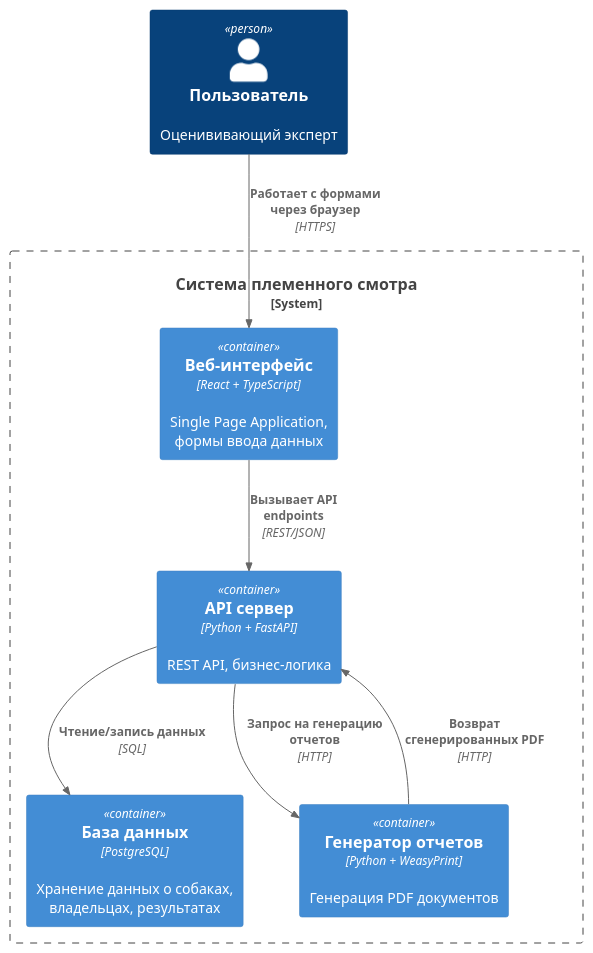
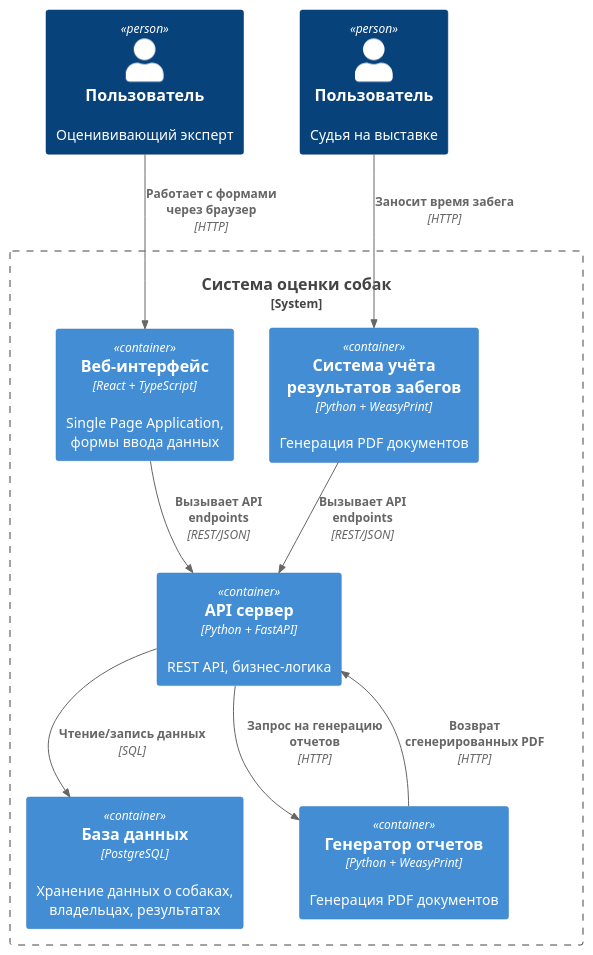
The diagram in Schemes/container.puml (Kalzaver/PrivateRepo), drawn with PlantUML before and after one commit. The commit also changed 5 other files, not shown here.

Commit message:
Новые сценарии, схемы, описания

```diff
--- a/Schemes/container.puml
+++ b/Schemes/container.puml
@@ -1,21 +1,27 @@
 @startuml Python Stack - Container Diagram
 
 !include <C4/C4_Context>
 !include <C4/C4_Container>
 
 Person(user, "Пользователь", "Оценививающий эксперт")
+Person(judge, "Пользователь","Судья на выставке")
 
-System_Boundary(system, "Система племенного смотра") {
+System_Boundary(system, "Система оценки собак") {
     Container(spa, "Веб-интерфейс", "React + TypeScript", "Single Page Application, формы ввода данных")
     Container(api, "API сервер", "Python + FastAPI", "REST API, бизнес-логика")
     Container(db, "База данных", "PostgreSQL", "Хранение данных о собаках, владельцах, результатах")
     Container(pdf_service, "Генератор отчетов", "Python + WeasyPrint", "Генерация PDF документов")
+    Container(time_report, "Система учёта результатов забегов", "Python + WeasyPrint", "Генерация PDF документов")
 }
 
-Rel(user, spa, "Работает с формами через браузер", "HTTPS")
+Rel(user, spa, "Работает с формами через браузер", "HTTP")
+Rel(judge, time_report, "Заносит время забега", "HTTP")
 Rel(spa, api, "Вызывает API endpoints", "REST/JSON")
+Rel(time_report, api, "Вызывает API endpoints", "REST/JSON")
 Rel(api, db, "Чтение/запись данных", "SQL")
 Rel(api, pdf_service, "Запрос на генерацию отчетов", "HTTP")
 Rel(pdf_service, api, "Возврат сгенерированных PDF", "HTTP")
 
+
+
 @enduml
```
